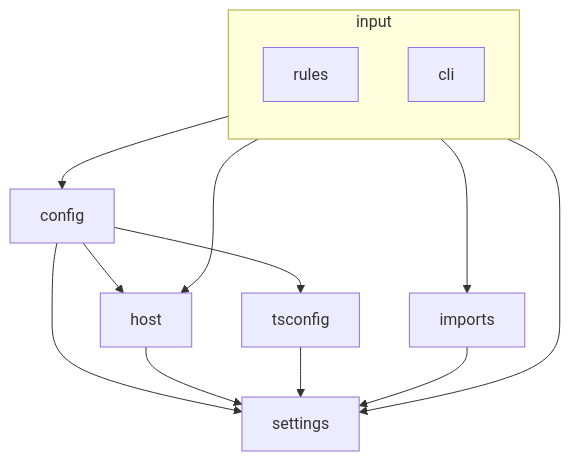
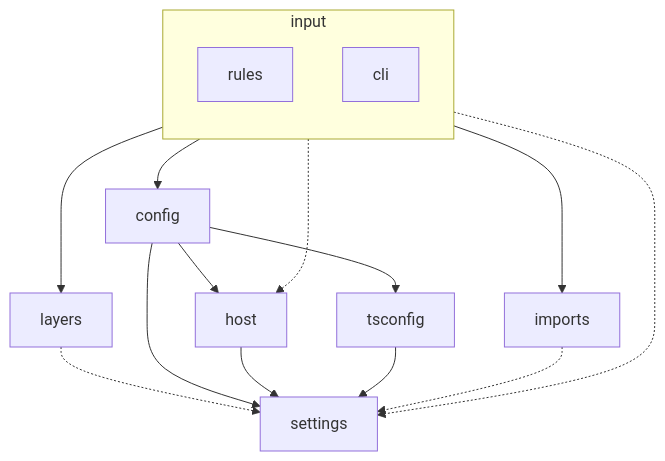
Before and after one commit to jt4d-lab/weld: the diagram in src/dependencies.md, drawn with Mermaid. The commit also changed other lines of this file and 33 other files, not shown here.

First line of the commit message:
layers: добавление схемы слоев, метаданных файла и опции flatModules

````diff
--- a/src/dependencies.md
+++ b/src/dependencies.md
@@ -3,30 +3,35 @@
 ```mermaid
 flowchart TD
     subgraph input
         direction TB
 
         rules
 
         cli
     end
 
+    config
+    host
     tsconfig
+    layers
     imports
-    config
     settings
 
     input --> config
-    input --> settings
     input --> imports
-    input --> host
+    input --> layers
+    input -.-> settings
+    input -.-> host
+
+    layers -.-> settings
 
     config --> settings
     config --> tsconfig
     config --> host
 
     host --> settings
 
     tsconfig --> settings
 
-    imports --> settings
+    imports -.-> settings
 ```
````
